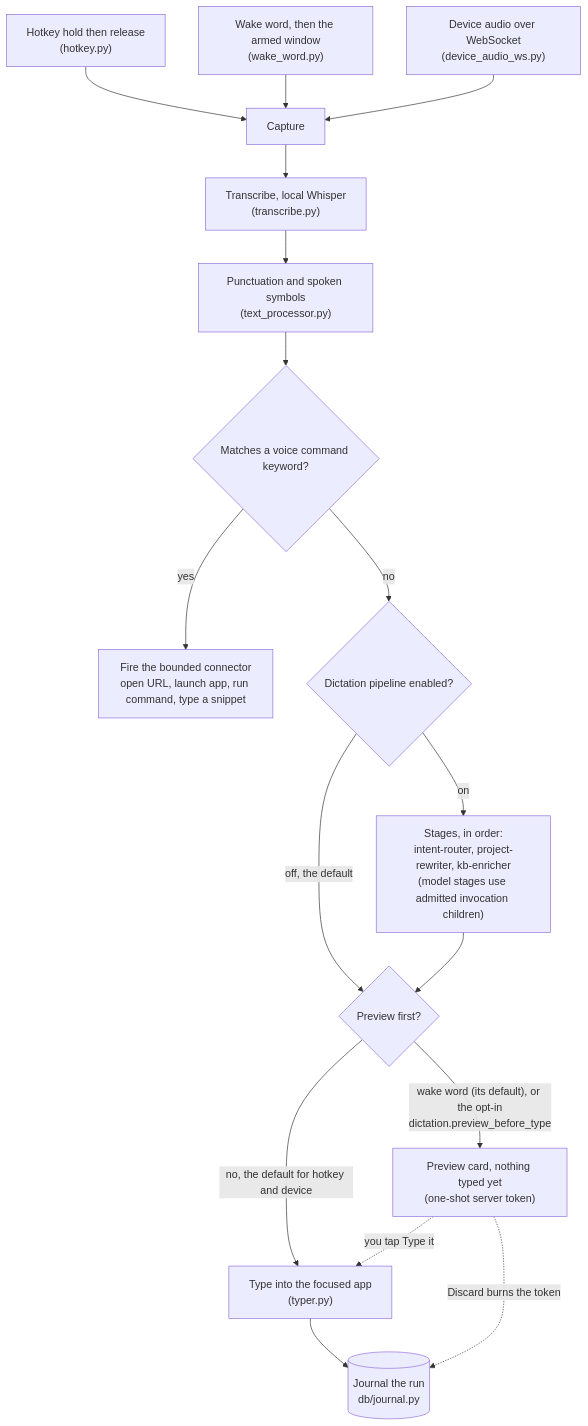
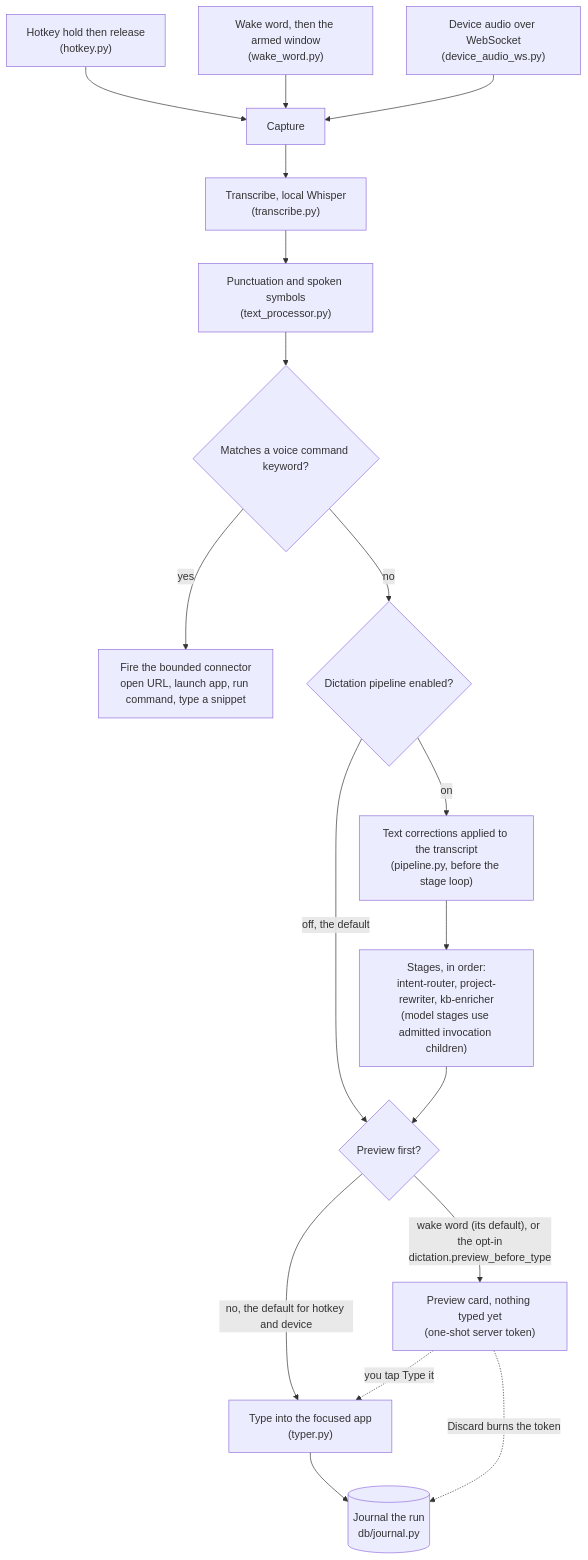
One commit to karolswdev/HoldSpeak changed the second of 16 diagrams in docs/ARCHITECTURE.md. Above: the diagram before and after it, drawn with Mermaid. The commit also changed other lines of this file and 18 other files, not shown here.

````diff
--- a/docs/ARCHITECTURE.md
+++ b/docs/ARCHITECTURE.md
@@ -226,19 +226,20 @@
 ```mermaid
 flowchart TD
   HK["Hotkey hold then release<br/>(hotkey.py)"] --> CAP
   WW["Wake word, then the armed window<br/>(wake_word.py)"] --> CAP
   DEV["Device audio over WebSocket<br/>(device_audio_ws.py)"] --> CAP
   CAP["Capture"] --> TR["Transcribe, local Whisper<br/>(transcribe.py)"]
   TR --> PUNC["Punctuation and spoken symbols<br/>(text_processor.py)"]
   PUNC --> VC{"Matches a voice command keyword?"}
   VC -- yes --> FIRE["Fire the bounded connector<br/>open URL, launch app, run command, type a snippet"]
   VC -- no --> PIPE{"Dictation pipeline enabled?"}
   PIPE -- "off, the default" --> FORK
-  PIPE -- "on" --> STAGES["Stages, in order:<br/>intent-router, project-rewriter, kb-enricher<br/>(model stages use admitted invocation children)"]
+  PIPE -- "on" --> CORR["Text corrections applied to the transcript<br/>(pipeline.py, before the stage loop)"]
+  CORR --> STAGES["Stages, in order:<br/>intent-router, project-rewriter, kb-enricher<br/>(model stages use admitted invocation children)"]
   STAGES --> FORK{"Preview first?"}
   FORK -- "no, the default for hotkey and device" --> TYPE["Type into the focused app<br/>(typer.py)"]
   FORK -- "wake word (its default), or the opt-in<br/>dictation.preview_before_type" --> PREVIEW["Preview card, nothing typed yet<br/>(one-shot server token)"]
   PREVIEW -. "you tap Type it" .-> TYPE
   PREVIEW -. "Discard burns the token" .-> J
   TYPE --> J[("Journal the run<br/>db/journal.py")]
 ```
````
